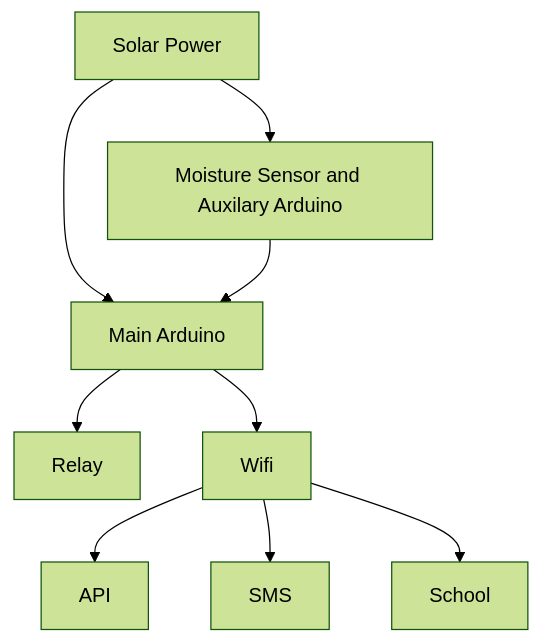
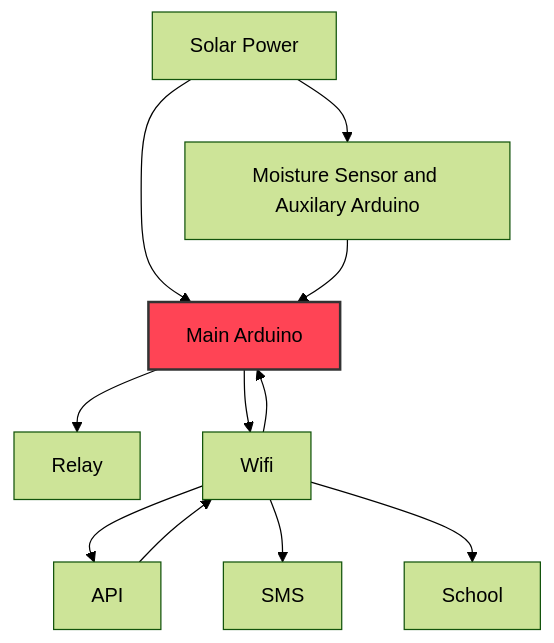
Before and after one commit to FegelSamuel/Sprinkler-System: the diagram in README.md, drawn with Mermaid (forest theme).

````diff
--- a/README.md
+++ b/README.md
@@ -1,11 +1,16 @@
 ```mermaid
 graph TD
     A["Solar Power"] --> B["Main Arduino"]
     A["Solar Power"] --> D["Moisture Sensor and Auxilary Arduino"]
     B["Main Arduino"] --> H["Relay"]
     B["Main Arduino"] --> C["Wifi"]
     C["Wifi"] --> E["API"]
+    E["API"] --> C["Wifi"]
     C["Wifi"] --> F["SMS"]
+    C["Wifi"] --> B["Main Arduino"]
     C["Wifi"] --> G["School"]
     D["Moisture Sensor and Auxilary Arduino"] --> B["Main Arduino"]
+    classDef red fill:#f45,stroke:#333,stroke-width:2px;
+    style B color:black;
+    class B red;
 ```
````
